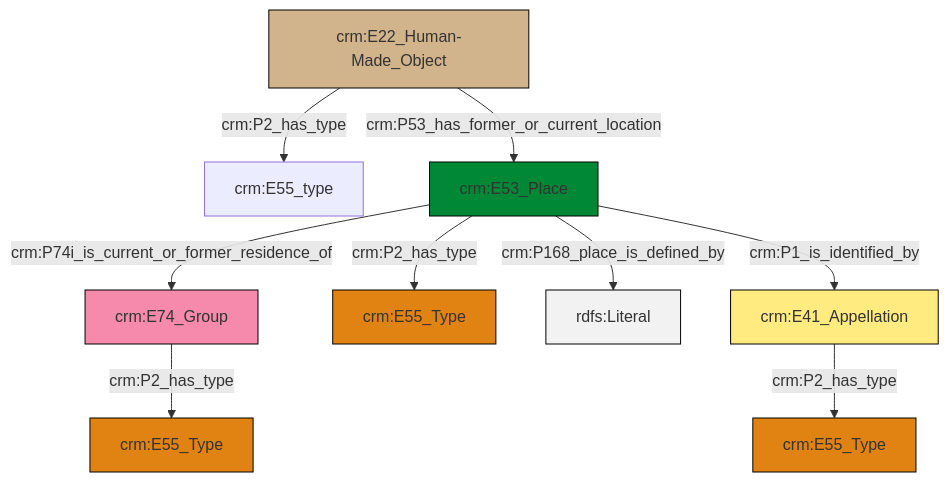
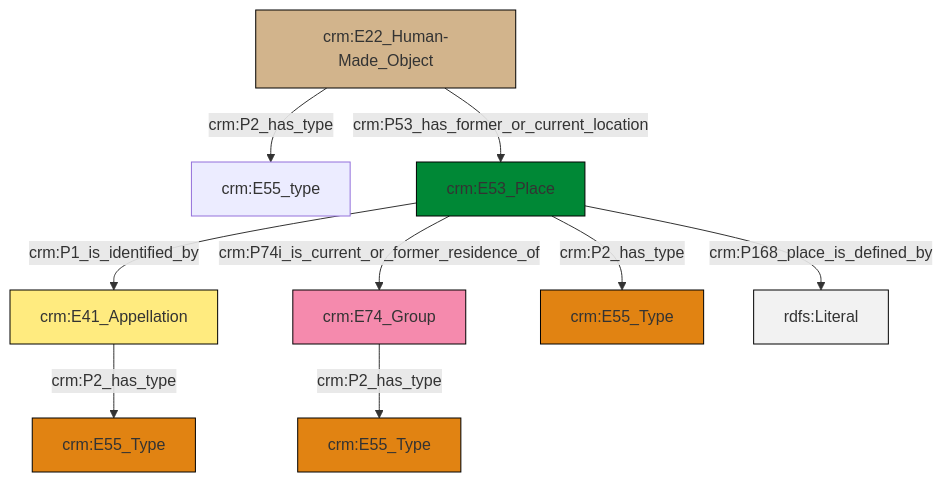
The diagram in et/artworkCSV/ttl/mmd/Artwork_Location.ttl.mmd (swiss-art-research-net/reference-data-models), drawn with Mermaid before and after one commit. The commit also changed 127 other files, not shown here.

```diff
--- a/et/artworkCSV/ttl/mmd/Artwork_Location.ttl.mmd
+++ b/et/artworkCSV/ttl/mmd/Artwork_Location.ttl.mmd
@@ -1,23 +1,23 @@
 graph TD
 classDef Literal fill:#f2f2f2,stroke:#000000;
 classDef CRM_Entity fill:#FFFFFF,stroke:#000000;
 classDef Temporal_Entity fill:#00C9E6, stroke:#000000;
 classDef Type fill:#E18312, stroke:#000000;
 classDef Time-Span fill:#2C9C91, stroke:#000000;
 classDef Appellation fill:#FFEB7F, stroke:#000000;
 classDef Place fill:#008836, stroke:#000000;
 classDef Persistent_Item fill:#B266B2, stroke:#000000;
 classDef Conceptual_Object fill:#FFD700, stroke:#000000;
 classDef Physical_Thing fill:#D2B48C, stroke:#000000;
 classDef Actor fill:#f58aad, stroke:#000000;
 classDef PC_Classes fill:#4ce600, stroke:#000000;
 classDef Multi fill:#cccccc,stroke:#000000;
 
-4["crm:E22_Human-Made_Object"]:::Physical_Thing -->|crm:P53_has_former_or_current_location| 5["crm:E53_Place"]:::Place
-5["crm:E53_Place"]:::Place -->|crm:P2_has_type| 6["crm:E55_Type"]:::Type
-5["crm:E53_Place"]:::Place -->|crm:P168_place_is_defined_by| 7[rdfs:Literal]:::Literal
-4["crm:E22_Human-Made_Object"]:::Physical_Thing -->|crm:P2_has_type| 0["crm:E55_type"]:::Default
-5["crm:E53_Place"]:::Place -->|crm:P74i_is_current_or_former_residence_of| 12["crm:E74_Group"]:::Actor
-2["crm:E41_Appellation"]:::Appellation -->|crm:P2_has_type| 9["crm:E55_Type"]:::Type
-5["crm:E53_Place"]:::Place -->|crm:P1_is_identified_by| 2["crm:E41_Appellation"]:::Appellation
-12["crm:E74_Group"]:::Actor -->|crm:P2_has_type| 16["crm:E55_Type"]:::Type
+4["crm:E22_Human-Made_Object"]:::Physical_Thing -->|crm:P2_has_type| 5["crm:E55_type"]:::Default
+8["crm:E53_Place"]:::Place -->|crm:P1_is_identified_by| 0["crm:E41_Appellation"]:::Appellation
+8["crm:E53_Place"]:::Place -->|crm:P74i_is_current_or_former_residence_of| 10["crm:E74_Group"]:::Actor
+8["crm:E53_Place"]:::Place -->|crm:P2_has_type| 12["crm:E55_Type"]:::Type
+8["crm:E53_Place"]:::Place -->|crm:P168_place_is_defined_by| 15[rdfs:Literal]:::Literal
+0["crm:E41_Appellation"]:::Appellation -->|crm:P2_has_type| 6["crm:E55_Type"]:::Type
+10["crm:E74_Group"]:::Actor -->|crm:P2_has_type| 2["crm:E55_Type"]:::Type
+4["crm:E22_Human-Made_Object"]:::Physical_Thing -->|crm:P53_has_former_or_current_location| 8["crm:E53_Place"]:::Place
```
